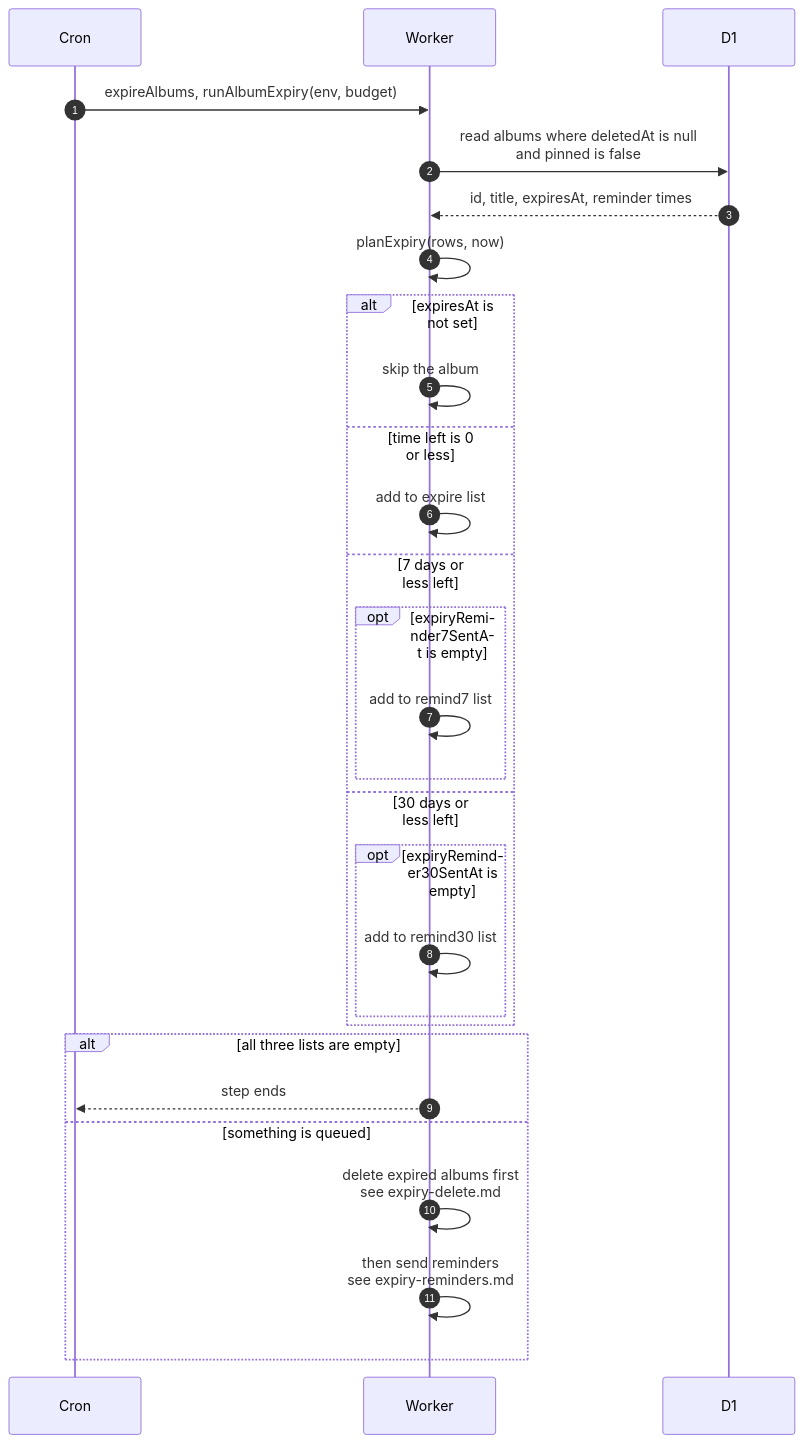
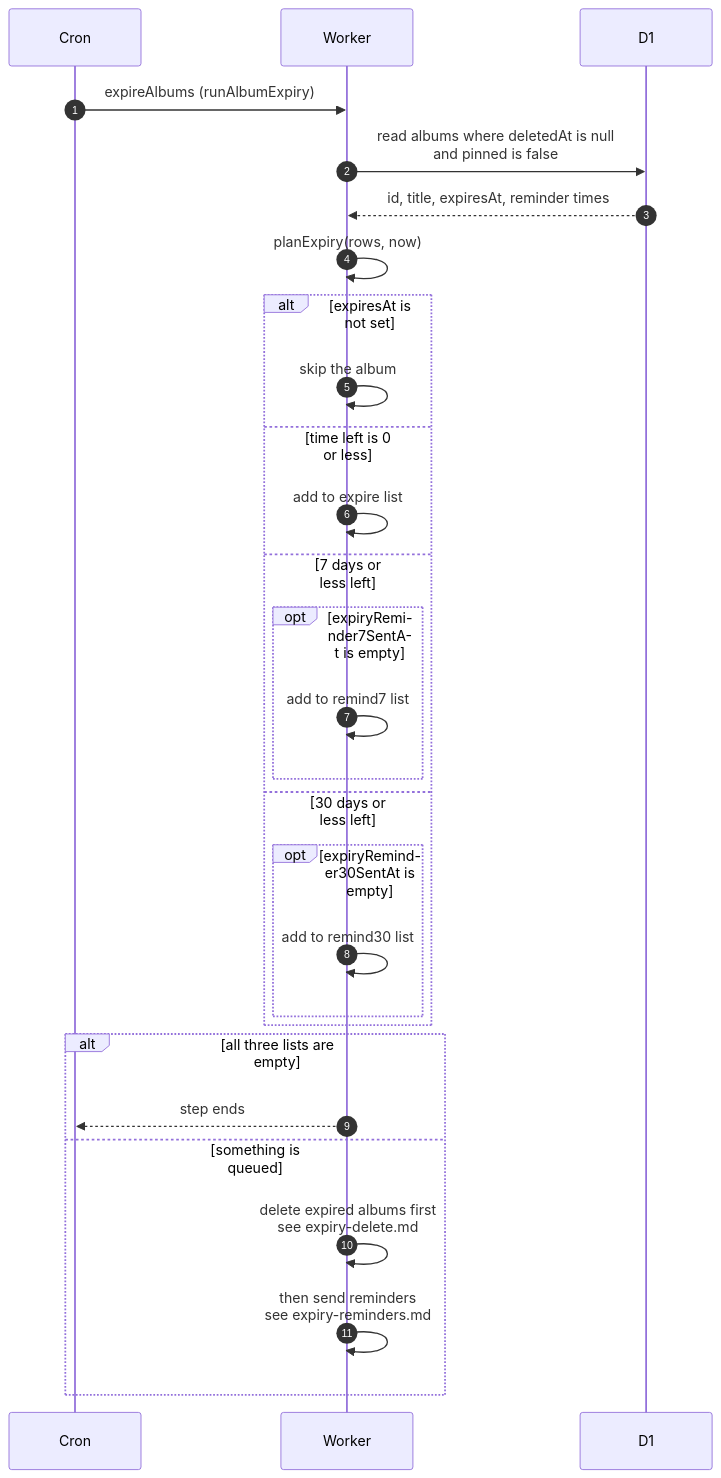
Before and after one commit to sagyzdop/meriksirat: the diagram in docs/scenarios/cron/albums-and-housekeeping/expiry-plan.md, drawn with Mermaid. The commit also changed other lines of this file and 10 other files, not shown here.

Commit message:
docs(scenarios): verify cron albums-and-housekeeping diagrams against code

````diff
--- a/docs/scenarios/cron/albums-and-housekeeping/expiry-plan.md
+++ b/docs/scenarios/cron/albums-and-housekeeping/expiry-plan.md
@@ -24,30 +29,30 @@
 ```mermaid
 sequenceDiagram
     autonumber
     participant Cron
     participant Worker
     participant D1
-    Cron->>Worker: expireAlbums, runAlbumExpiry(env, budget)
+    Cron->>Worker: expireAlbums (runAlbumExpiry)
     Worker->>D1: read albums where deletedAt is null<br/>and pinned is false
     D1-->>Worker: id, title, expiresAt, reminder times
     Worker->>Worker: planExpiry(rows, now)
     alt expiresAt is not set
         Worker->>Worker: skip the album
     else time left is 0 or less
         Worker->>Worker: add to expire list
     else 7 days or less left
         opt expiryReminder7SentAt is empty
             Worker->>Worker: add to remind7 list
         end
     else 30 days or less left
         opt expiryReminder30SentAt is empty
             Worker->>Worker: add to remind30 list
         end
     end
     alt all three lists are empty
         Worker-->>Cron: step ends
     else something is queued
         Worker->>Worker: delete expired albums first<br/>see expiry-delete.md
         Worker->>Worker: then send reminders<br/>see expiry-reminders.md
     end
 ```
````
